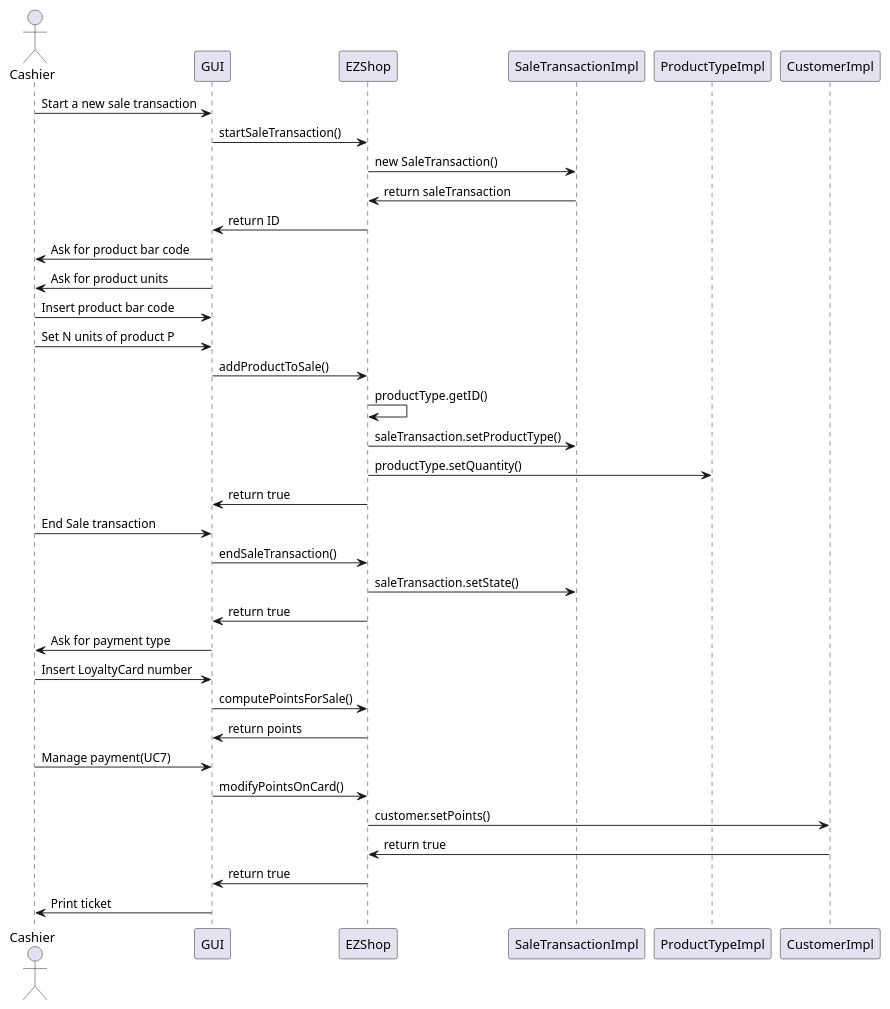
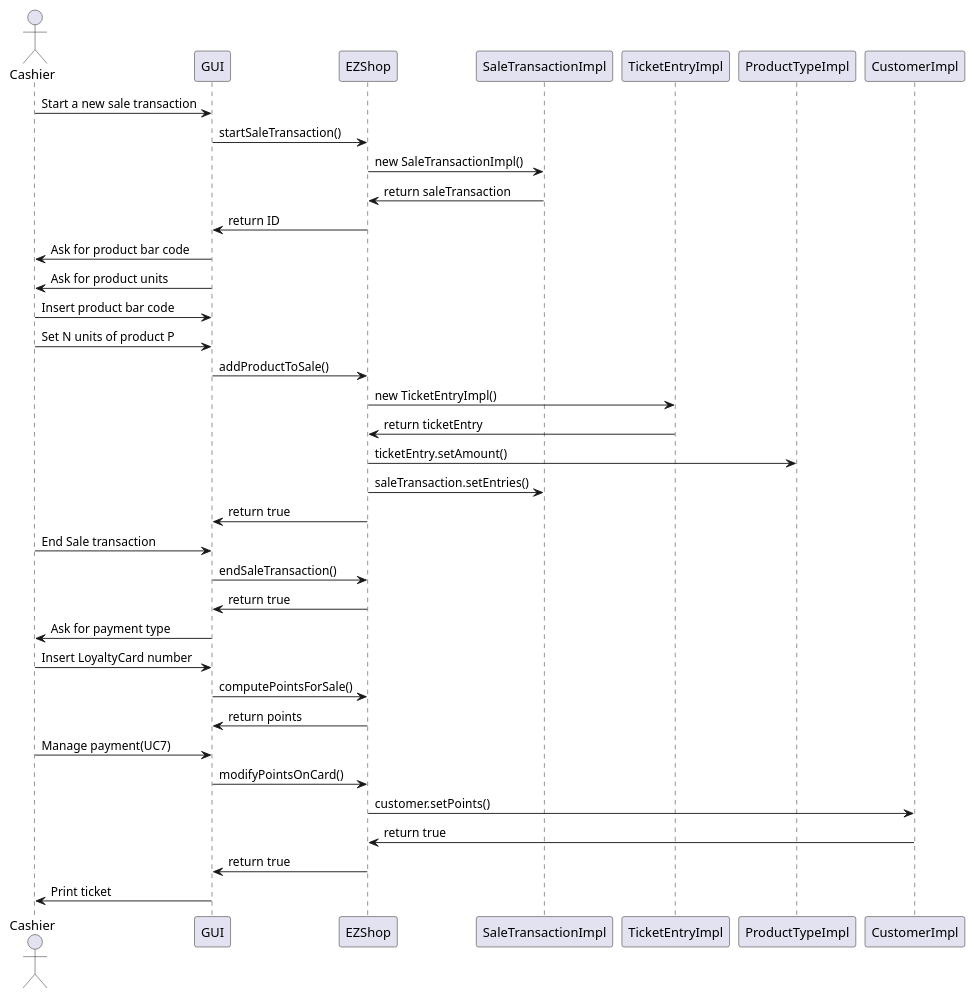
Diagram 14 of 19 in Deliverables/DesignDocument.md (ThePiromaximus/ezshop), drawn with PlantUML before and after one commit. The commit also changed other lines of this file, not shown here.

````diff
--- a/Deliverables/DesignDocument.md
+++ b/Deliverables/DesignDocument.md
@@ -465,33 +467,33 @@
 ```plantuml
 @startuml
 actor Cashier
 Cashier -> GUI: Start a new sale transaction
 GUI  -> EZShop: startSaleTransaction()
-EZShop -> SaleTransactionImpl: new SaleTransaction()
+EZShop -> SaleTransactionImpl: new SaleTransactionImpl()
 EZShop <- SaleTransactionImpl: return saleTransaction
 GUI <- EZShop: return ID
 GUI -> Cashier: Ask for product bar code
 GUI -> Cashier: Ask for product units
 Cashier -> GUI: Insert product bar code
 Cashier -> GUI: Set N units of product P
 GUI  -> EZShop: addProductToSale()
-EZShop -> EZShop: productType.getID()
-EZShop -> SaleTransactionImpl: saleTransaction.setProductType()
-EZShop -> ProductTypeImpl: productType.setQuantity()
+EZShop -> TicketEntryImpl: new TicketEntryImpl()
+TicketEntryImpl -> EZShop: return ticketEntry
+EZShop -> ProductTypeImpl: ticketEntry.setAmount()
+EZShop -> SaleTransactionImpl: saleTransaction.setEntries()
 EZShop -> GUI: return true
 Cashier -> GUI: End Sale transaction
 GUI  -> EZShop: endSaleTransaction()
-EZShop -> SaleTransactionImpl: saleTransaction.setState()
 GUI <- EZShop: return true
 Cashier <- GUI: Ask for payment type
 Cashier -> GUI: Insert LoyaltyCard number
 GUI -> EZShop: computePointsForSale() 
 EZShop -> GUI: return points 
 Cashier -> GUI: Manage payment(UC7)
 GUI -> EZShop: modifyPointsOnCard()
 EZShop -> CustomerImpl: customer.setPoints()
 EZShop <- CustomerImpl: return true
 EZShop -> GUI: return true
 Cashier <- GUI: Print ticket
 @enduml
 ```
````
